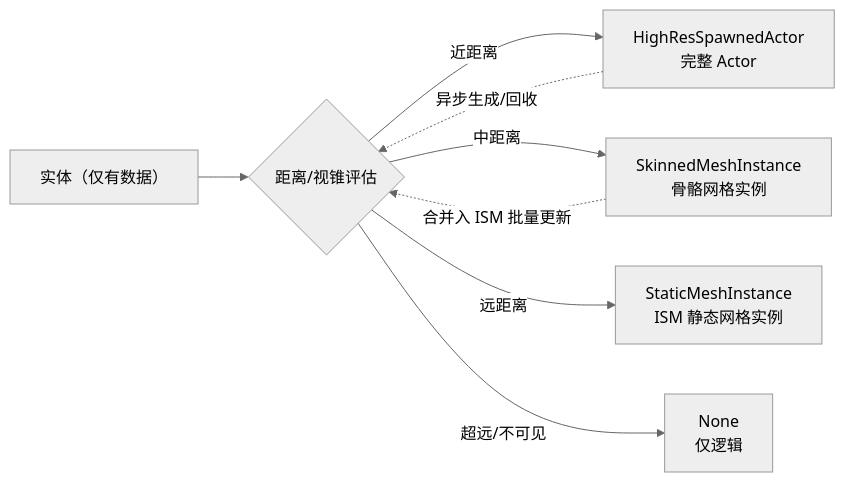
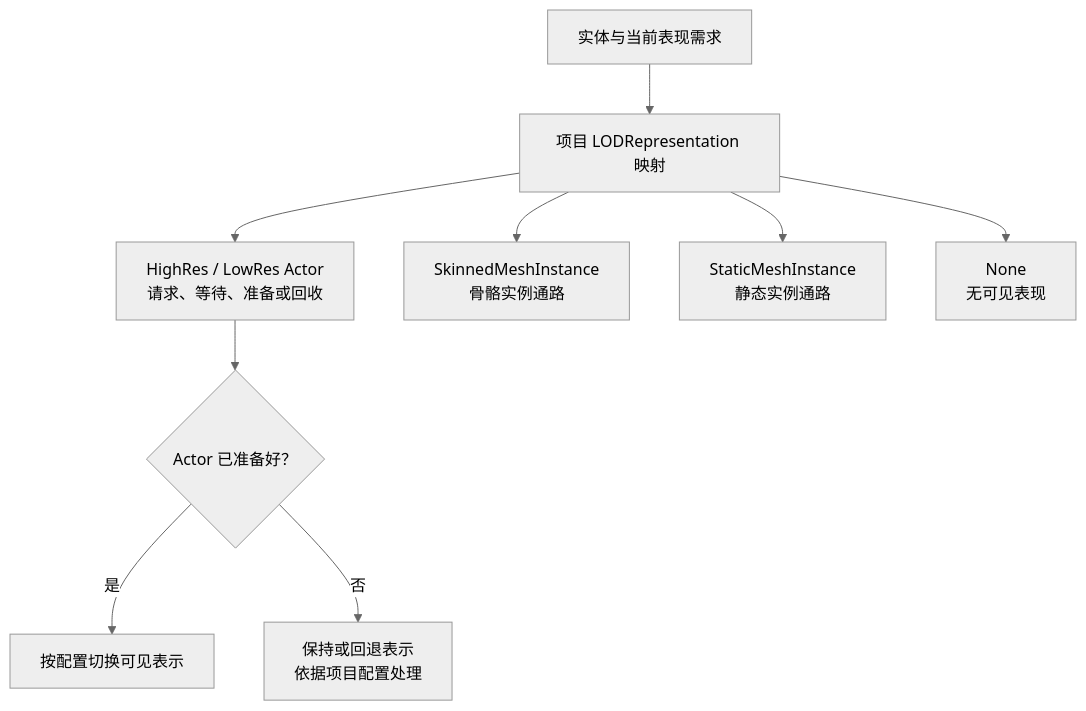
Before and after one commit to fantuan812/learning: the fifth of 5 diagrams in 知识/06-游戏AI/导航移动与群体协同/04-Mass实体框架与群集模拟.md, drawn with Mermaid (neutral theme). The commit also changed other lines of this file and 1 other file, not shown here.

````diff
--- a/知识/06-游戏AI/导航移动与群体协同/04-Mass实体框架与群集模拟.md
+++ b/知识/06-游戏AI/导航移动与群体协同/04-Mass实体框架与群集模拟.md
@@ -329,10 +481,11 @@
 ```mermaid
-flowchart LR
-    A["实体（仅有数据）"] --> B{"距离/视锥评估"}
-    B -->|"近距离"| C["HighResSpawnedActor<br/>完整 Actor"]
-    B -->|"中距离"| D["SkinnedMeshInstance<br/>骨骼网格实例"]
-    B -->|"远距离"| E["StaticMeshInstance<br/>ISM 静态网格实例"]
-    B -->|"超远/不可见"| F["None<br/>仅逻辑"]
-    C -.异步生成/回收.-> B
-    D -.合并入 ISM 批量更新.-> B
+flowchart TD
+    E["实体与当前表现需求"] --> L["项目 LODRepresentation 映射"]
+    L --> A["HighRes / LowRes Actor<br/>请求、等待、准备或回收"]
+    L --> K["SkinnedMeshInstance<br/>骨骼实例通路"]
+    L --> I["StaticMeshInstance<br/>静态实例通路"]
+    L --> N["None<br/>无可见表现"]
+    A --> Ready{"Actor 已准备好？"}
+    Ready -->|是| Visible["按配置切换可见表示"]
+    Ready -->|否| Pending["保持或回退表示<br/>依据项目配置处理"]
 ```
````
